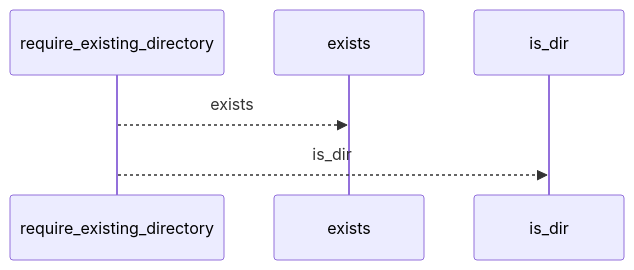
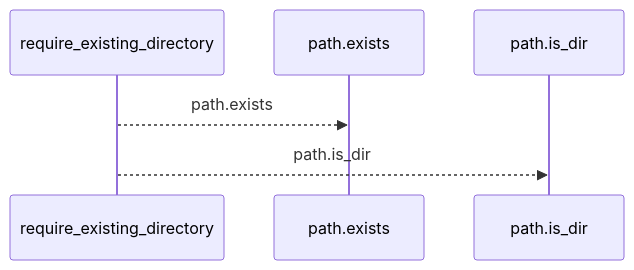
One commit to Denissvgn/python-wiki-llm changed the first of 2 diagrams in docs/llm_wiki/flows/api-require_existing_directory.md. Above: the diagram before and after it, drawn with Mermaid. The commit also changed other lines of this file and 719 other files, not shown here.

````diff
--- a/docs/llm_wiki/flows/api-require_existing_directory.md
+++ b/docs/llm_wiki/flows/api-require_existing_directory.md
@@ -10,8 +10,8 @@
 ```mermaid
 sequenceDiagram
     participant p0 as require_existing_directory
-    participant p1 as exists
-    participant p2 as is_dir
-    p0-->>p1: exists
-    p0-->>p2: is_dir
+    participant p1 as path.exists
+    participant p2 as path.is_dir
+    p0-->>p1: path.exists
+    p0-->>p2: path.is_dir
 ```
````
